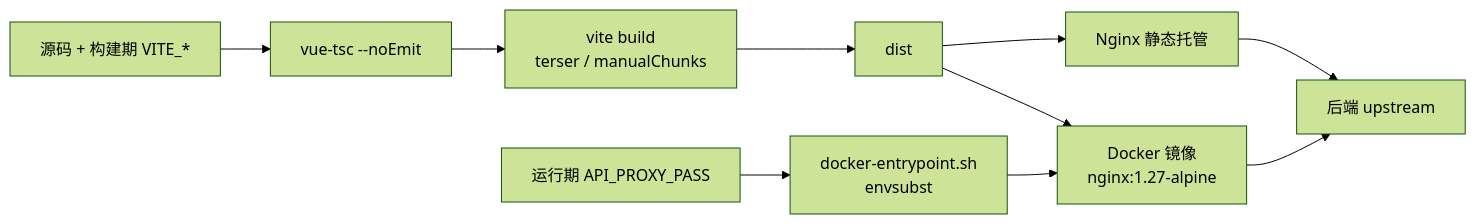
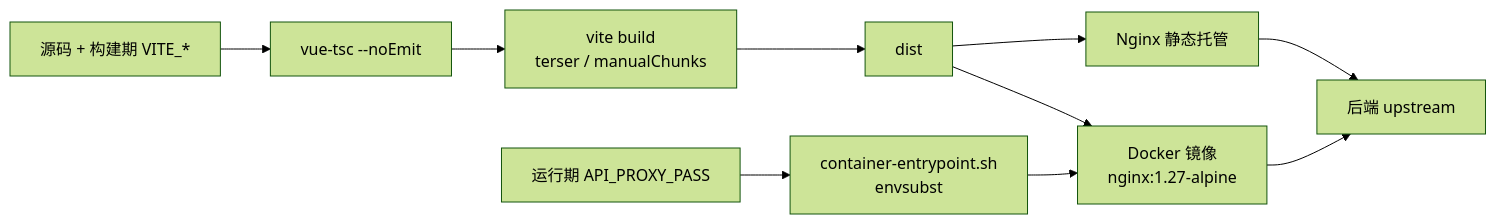
The third of 3 diagrams in README.md (apex-cloud-service/apex-admin-web), drawn with Mermaid (forest theme) before and after one commit. The commit also changed other lines of this file and 47 other files, not shown here.

````diff
--- a/README.md
+++ b/README.md
@@ -217,12 +217,12 @@
 ```mermaid
 flowchart LR
     SRC[源码 + 构建期 VITE_*] --> TS[vue-tsc --noEmit]
     TS --> BUILD[vite build<br/>terser / manualChunks]
     BUILD --> DIST[dist]
     DIST --> N1[Nginx 静态托管]
     DIST --> IMG[Docker 镜像<br/>nginx:1.27-alpine]
-    ENV1[运行期 API_PROXY_PASS] --> EP[docker-entrypoint.sh<br/>envsubst]
+    ENV1[运行期 API_PROXY_PASS] --> EP[container-entrypoint.sh<br/>envsubst]
     EP --> IMG
     N1 --> BE[后端 upstream]
     IMG --> BE
 ```
````
